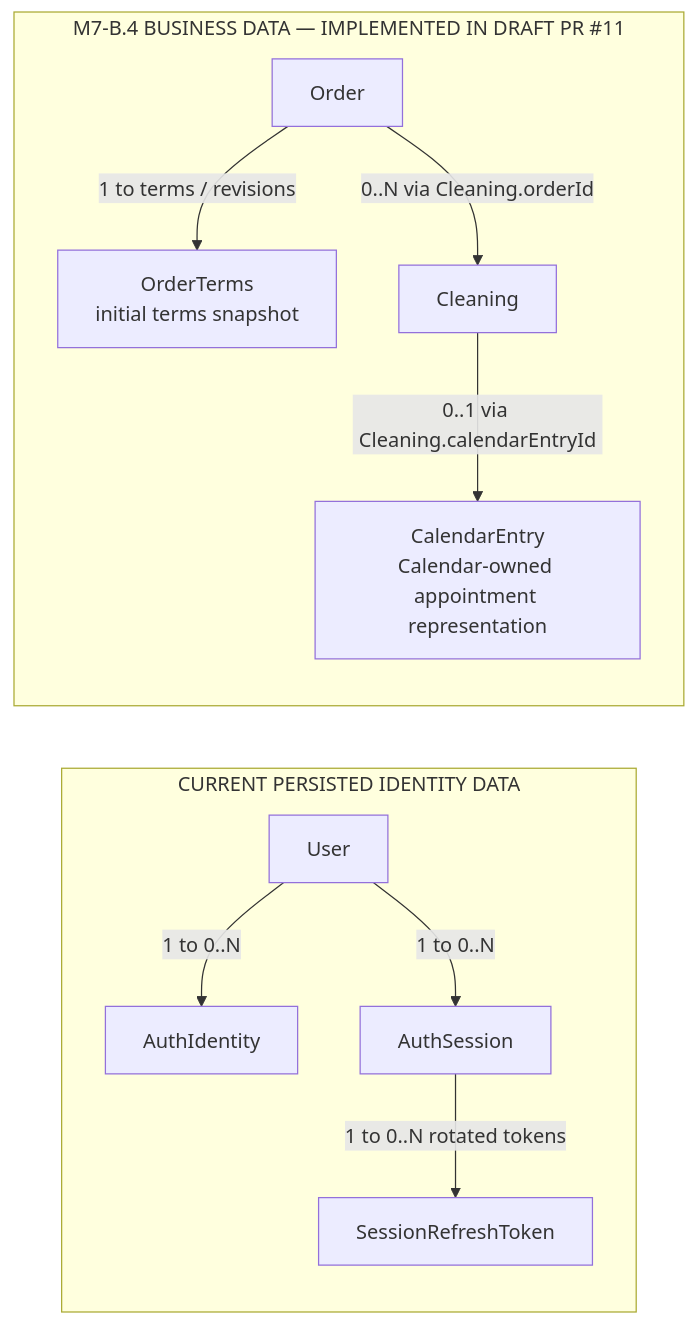
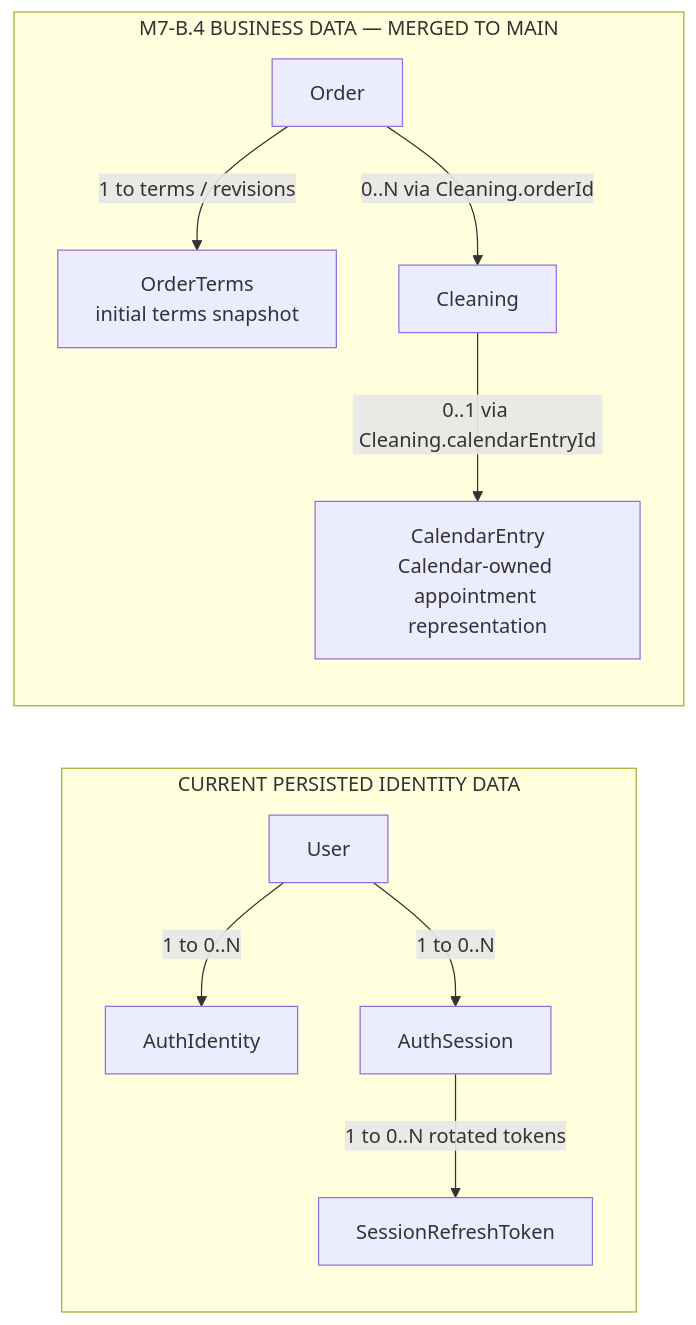
The fifth of 7 diagrams in docs/ARCHITECTURE_MAP.md (qleanfeel-bot/qleanfeel-rn), drawn with Mermaid before and after one commit. The commit also changed other lines of this file and 8 other files, not shown here.

````diff
--- a/docs/ARCHITECTURE_MAP.md
+++ b/docs/ARCHITECTURE_MAP.md
@@ -183,22 +183,22 @@
 ```mermaid
 flowchart LR
   subgraph Current["CURRENT PERSISTED IDENTITY DATA"]
     User["User"]
     AuthIdentity["AuthIdentity"]
     AuthSession["AuthSession"]
     Refresh["SessionRefreshToken"]
     User -->|"1 to 0..N"| AuthIdentity
     User -->|"1 to 0..N"| AuthSession
     AuthSession -->|"1 to 0..N rotated tokens"| Refresh
   end
 
-  subgraph Business["M7-B.4 BUSINESS DATA — IMPLEMENTED IN DRAFT PR #11"]
+  subgraph Business["M7-B.4 BUSINESS DATA — MERGED TO MAIN"]
     Order["Order"]
     Terms["OrderTerms<br/>initial terms snapshot"]
     Cleaning["Cleaning"]
     Entry["CalendarEntry<br/>Calendar-owned appointment representation"]
     Order -->|"1 to terms / revisions"| Terms
     Order -->|"0..N via Cleaning.orderId"| Cleaning
     Cleaning -->|"0..1 via Cleaning.calendarEntryId"| Entry
   end
 ```
````
